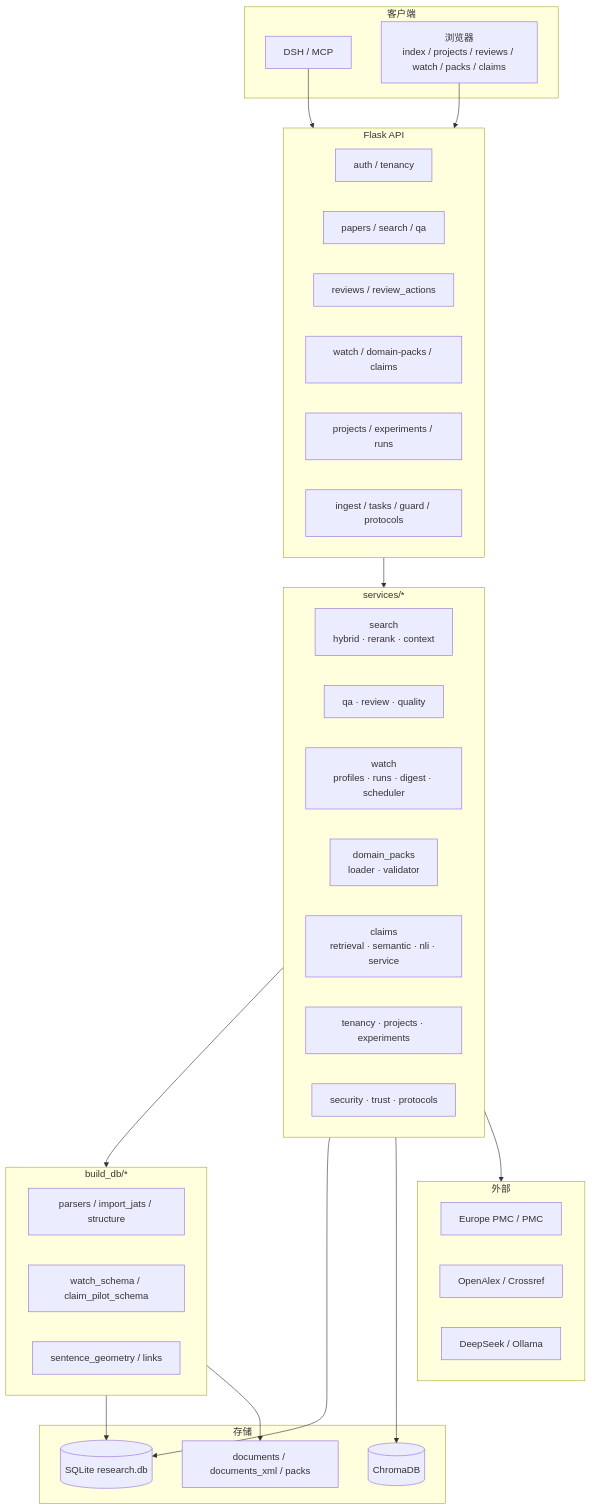
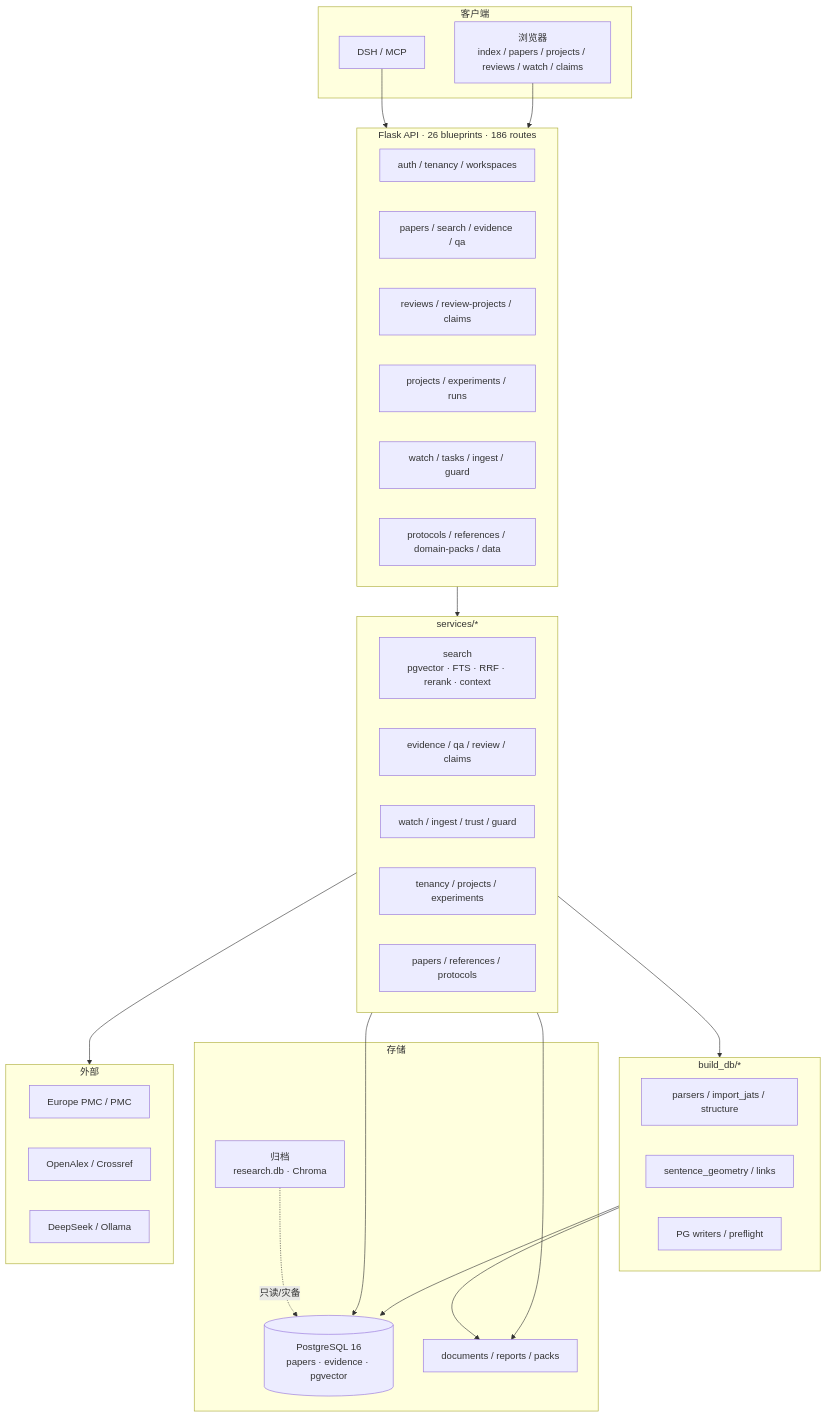
The first of 2 diagrams in docs/架构与路由图.md (williamchen520/sci-pal), drawn with Mermaid before and after one commit. The commit also changed other lines of this file and 5 other files, not shown here.

Commit message:
docs: rewrite architecture, routes, module manual and README for PG-only [APPROVED_BY_HUMAN]

````diff
--- a/docs/架构与路由图.md
+++ b/docs/架构与路由图.md
@@ -37,55 +31,53 @@
 ```mermaid
-%%{init: {"flowchart": {"curve": "basis"}}}%%
 flowchart TB
   subgraph C["客户端"]
     DSH["DSH / MCP"]
-    WEB["浏览器<br/>index / projects / reviews / watch / packs / claims"]
+    WEB["浏览器<br/>index / papers / projects / reviews / watch / claims"]
   end
 
-  subgraph API["Flask API"]
-    R1["auth / tenancy"]
-    R2["papers / search / qa"]
-    R3["reviews / review_actions"]
-    R4["watch / domain-packs / claims"]
-    R5["projects / experiments / runs"]
-    R6["ingest / tasks / guard / protocols"]
+  subgraph API["Flask API · 26 blueprints · 186 routes"]
+    R1["auth / tenancy / workspaces"]
+    R2["papers / search / evidence / qa"]
+    R3["reviews / review-projects / claims"]
+    R4["projects / experiments / runs"]
+    R5["watch / tasks / ingest / guard"]
+    R6["protocols / references / domain-packs / data"]
   end
 
   subgraph SVC["services/*"]
-    S1["search<br/>hybrid · rerank · context"]
-    S2["qa · review · quality"]
-    S3["watch<br/>profiles · runs · digest · scheduler"]
-    S4["domain_packs<br/>loader · validator"]
-    S5["claims<br/>retrieval · semantic · nli · service"]
-    S6["tenancy · projects · experiments"]
-    S7["security · trust · protocols"]
+    S1["search<br/>pgvector · FTS · RRF · rerank · context"]
+    S2["evidence / qa / review / claims"]
+    S3["watch / ingest / trust / guard"]
+    S4["tenancy / projects / experiments"]
+    S5["papers / references / protocols"]
   end
 
   subgraph BDB["build_db/*"]
     B1["parsers / import_jats / structure"]
-    B2["watch_schema / claim_pilot_schema"]
-    B3["sentence_geometry / links"]
+    B2["sentence_geometry / links"]
+    B3["PG writers / preflight"]
   end
 
   subgraph D["存储"]
-    DB[("SQLite research.db")]
-    CH[("ChromaDB")]
-    FS["documents / documents_xml / packs"]
+    PG[("PostgreSQL 16<br/>papers · evidence · pgvector")]
+    FS["documents / reports / packs"]
+    AR["归档<br/>research.db · Chroma"]
   end
 
   subgraph X["外部"]
     EPMC["Europe PMC / PMC"]
     OA["OpenAlex / Crossref"]
     LLM["DeepSeek / Ollama"]
   end
 
   DSH --> API
   WEB --> API
   API --> SVC
   SVC --> BDB
-  BDB --> DB
-  SVC --> DB
-  SVC --> CH
+  SVC --> PG
+  BDB --> PG
   BDB --> FS
+  SVC --> FS
   SVC --> X
+  AR -.->|只读/灾备| PG
 ```
````
